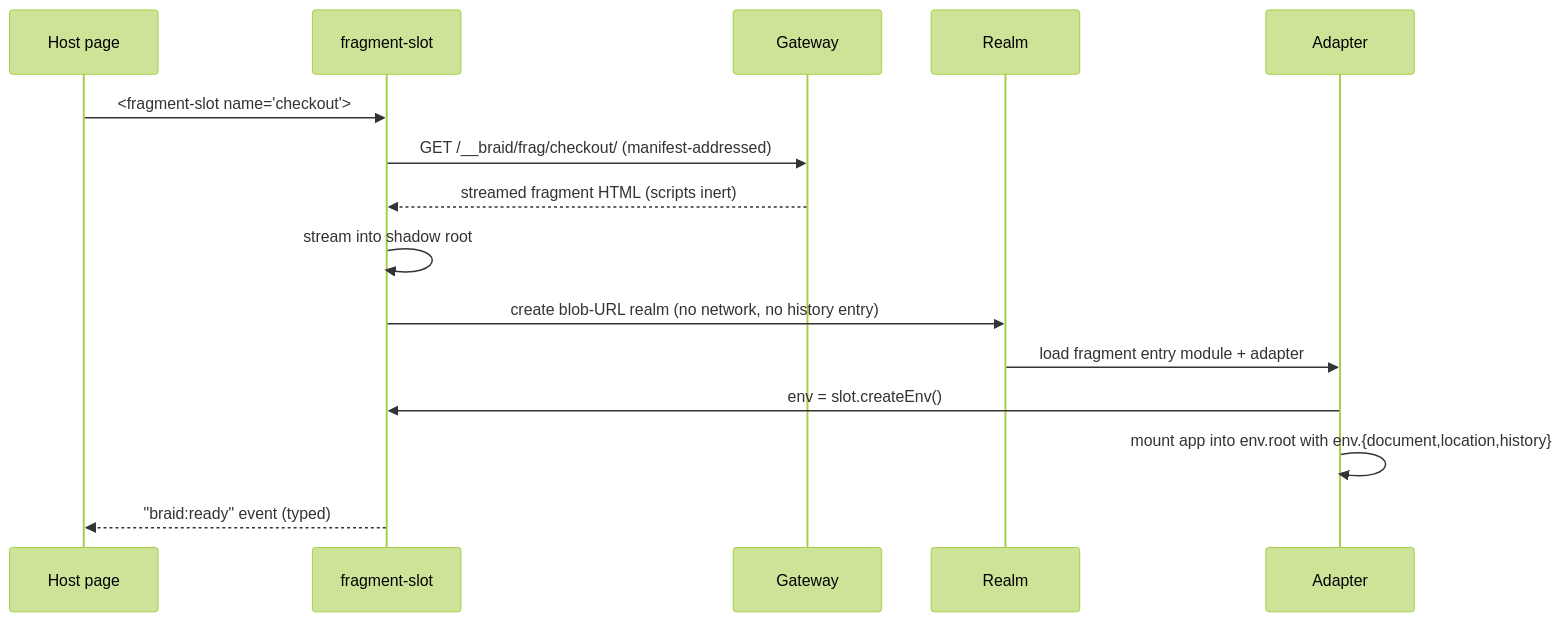
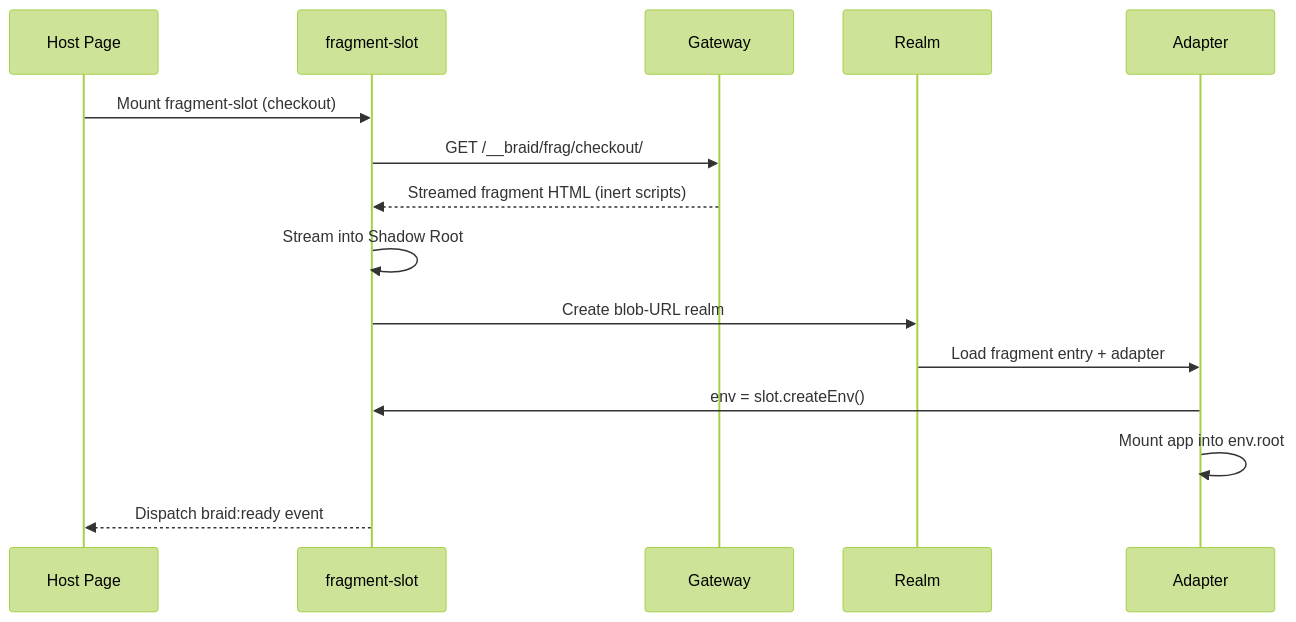
The second of 4 diagrams in docs/braid-architecture.md (Jefftopia/skew), drawn with Mermaid (forest theme) before and after one commit. The commit also changed other lines of this file and 3 other files, not shown here.

````diff
--- a/docs/braid-architecture.md
+++ b/docs/braid-architecture.md
@@ -110,17 +95,18 @@
 ```mermaid
 sequenceDiagram
-  participant H as Host page
+  participant H as Host Page
   participant S as fragment-slot
   participant G as Gateway
   participant R as Realm
   participant A as Adapter
-  H->>S: <fragment-slot name="checkout">
-  S->>G: GET /__braid/frag/checkout/ (manifest-addressed)
-  G-->>S: streamed fragment HTML (scripts inert)
-  S->>S: stream into shadow root
-  S->>R: create blob-URL realm (no network, no history entry)
-  R->>A: load fragment entry module + adapter
+
+  H->>S: Mount fragment-slot (checkout)
+  S->>G: GET /__braid/frag/checkout/
+  G-->>S: Streamed fragment HTML (inert scripts)
+  S->>S: Stream into Shadow Root
+  S->>R: Create blob-URL realm
+  R->>A: Load fragment entry + adapter
   A->>S: env = slot.createEnv()
-  A->>A: mount app into env.root with env.{document,location,history}
-  S-->>H: "braid:ready" event (typed)
+  A->>A: Mount app into env.root
+  S-->>H: Dispatch braid:ready event
 ```
````
